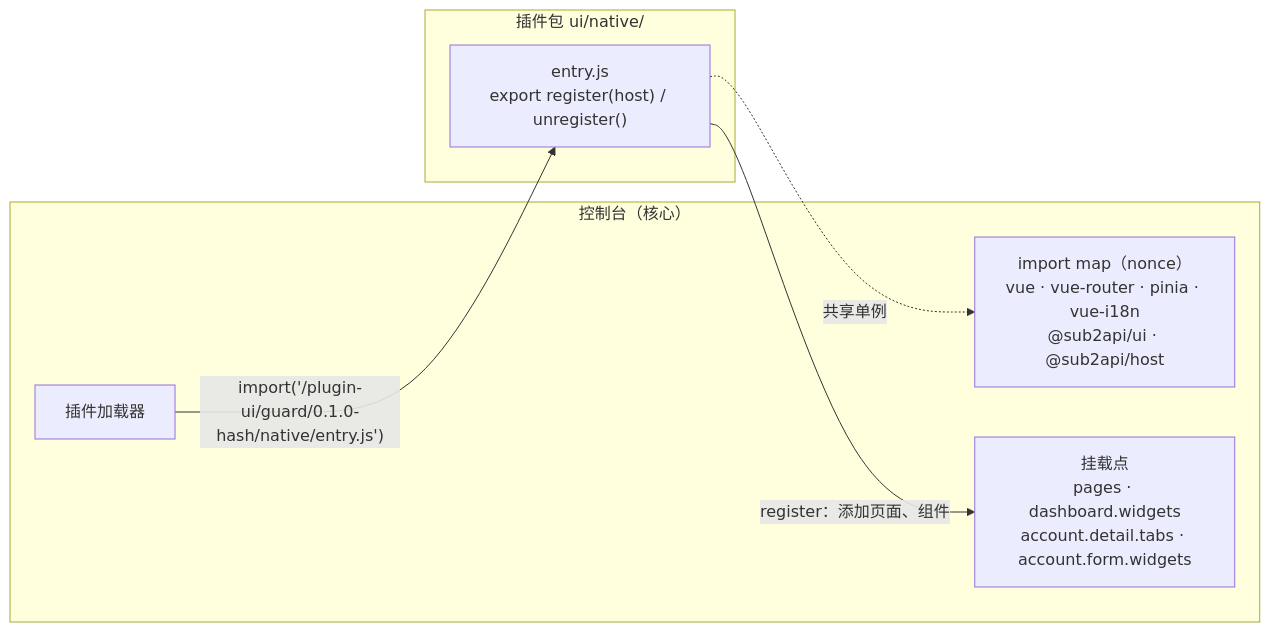
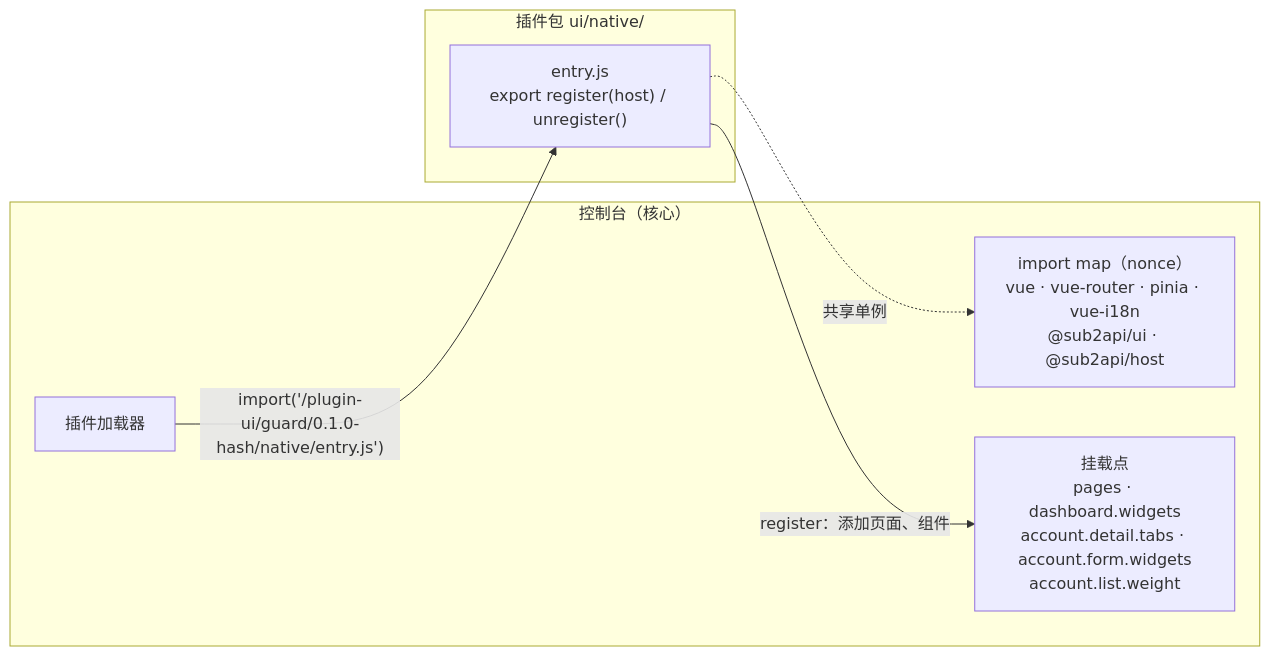
Diagram 13 of 18 in next/docs/ARCHITECTURE.md (Sub2API-Devs/sup2api), drawn with Mermaid before and after one commit. The commit also changed 10 other files, not shown here.

````diff
--- a/next/docs/ARCHITECTURE.md
+++ b/next/docs/ARCHITECTURE.md
@@ -1280,14 +1280,14 @@
 ```mermaid
 flowchart LR
   subgraph host["控制台（核心）"]
     im["import map（nonce）<br/>vue · vue-router · pinia · vue-i18n<br/>@sub2api/ui · @sub2api/host"]
     loader["插件加载器"]
-    slots["挂载点<br/>pages · dashboard.widgets<br/>account.detail.tabs · account.form.widgets"]
+    slots["挂载点<br/>pages · dashboard.widgets<br/>account.detail.tabs · account.form.widgets<br/>account.list.weight"]
   end
   subgraph pkg["插件包 ui/native/"]
     entry["entry.js<br/>export register(host) / unregister()"]
   end
   loader -->|"import('/plugin-ui/guard/0.1.0-hash/native/entry.js')"| entry
   entry -->|"register：添加页面、组件"| slots
   entry -.->|"共享单例"| im
 ```
````
